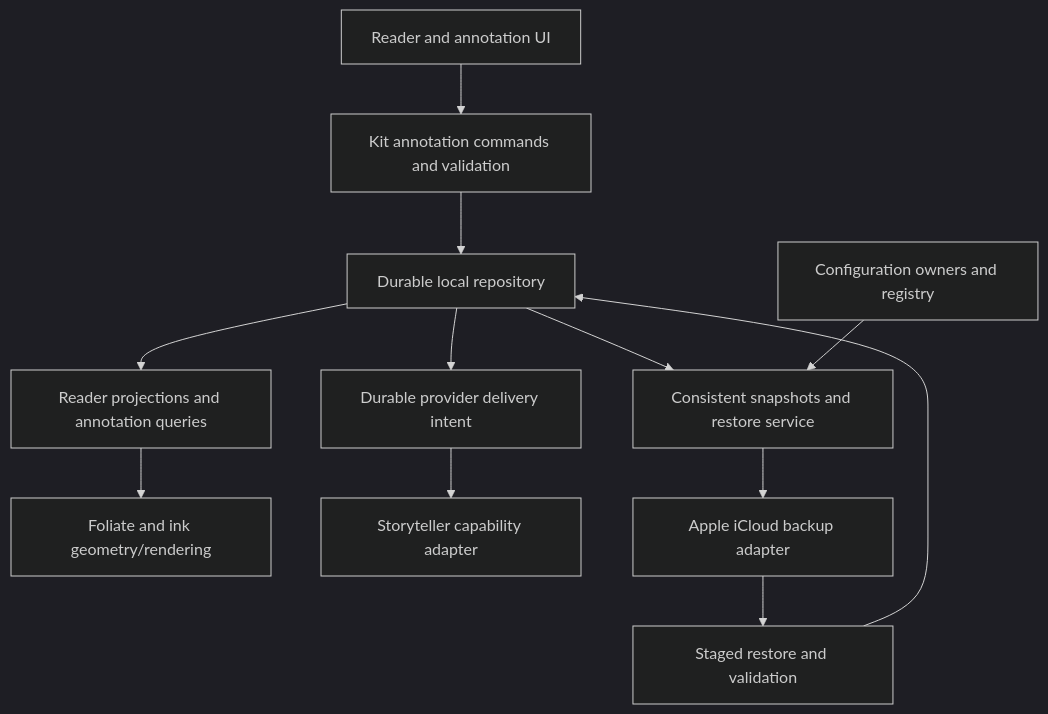
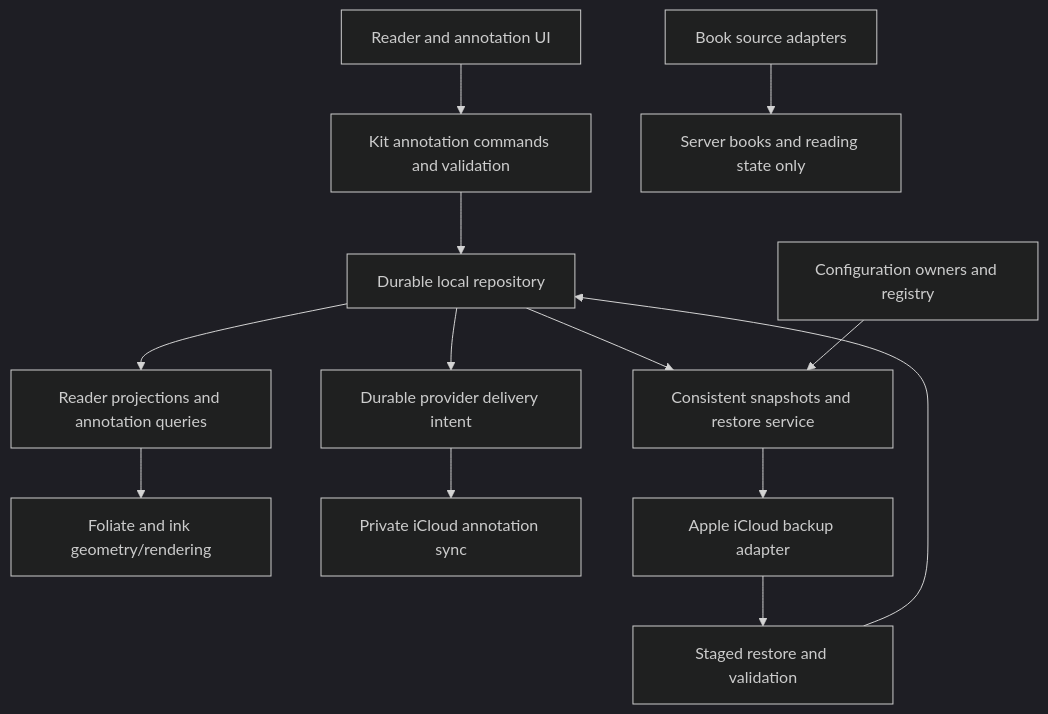
The diagram in docs/ANNOTATION_SYNC_BACKUP_REVIEW.md (bokehsec/silveran-reader), drawn with Mermaid (dark theme) before and after one commit. The commit also changed other lines of this file and 14 other files, not shown here.

````diff
--- a/docs/ANNOTATION_SYNC_BACKUP_REVIEW.md
+++ b/docs/ANNOTATION_SYNC_BACKUP_REVIEW.md
@@ -46,14 +52,15 @@
 ```mermaid
 flowchart TD
     UI[Reader and annotation UI] --> Commands[Kit annotation commands and validation]
     Commands --> Repo[Durable local repository]
     Repo --> ReadModel[Reader projections and annotation queries]
     ReadModel --> Renderer[Foliate and ink geometry/rendering]
     Repo --> Outbox[Durable provider delivery intent]
-    Outbox --> Story[Storyteller capability adapter]
+    Outbox --> Devices[Private iCloud annotation sync]
+    Books[Book source adapters] --> Servers[Server books and reading state only]
     Repo --> Snapshots[Consistent snapshots and restore service]
     Snapshots --> Cloud[Apple iCloud backup adapter]
     Settings[Configuration owners and registry] --> Snapshots
     Cloud --> Restore[Staged restore and validation]
     Restore --> Repo
 ```
````
